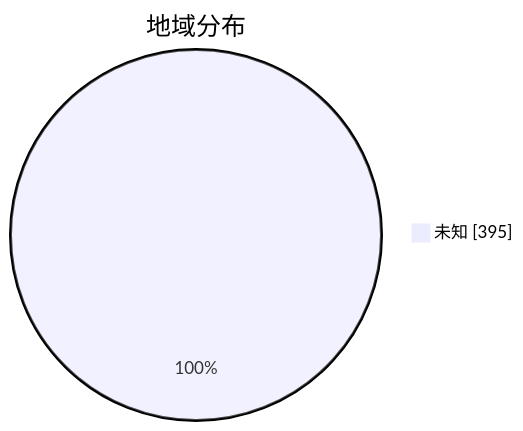
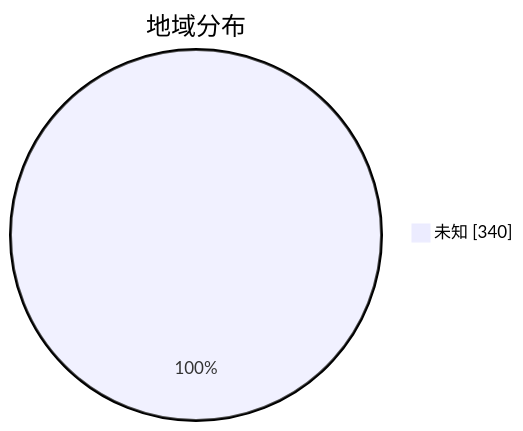
The second of 3 diagrams in subs/statistics/tested_within.md (qjlxg/airport), drawn with Mermaid before and after one commit. The commit also changed other lines of this file and 2 other files, not shown here.

````diff
--- a/subs/statistics/tested_within.md
+++ b/subs/statistics/tested_within.md
@@ -14,5 +13,5 @@
 ```mermaid
 pie showData
 title 地域分布
-"未知" : 395
+"未知" : 340
 ```
````
